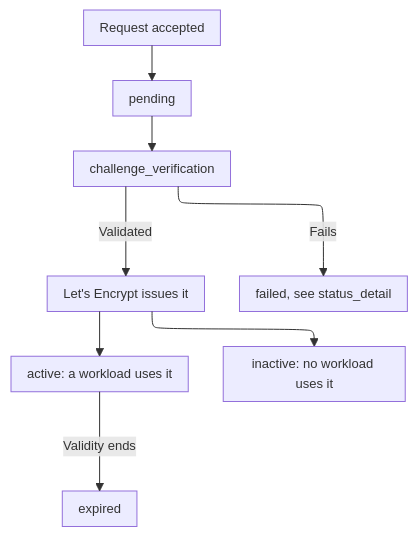
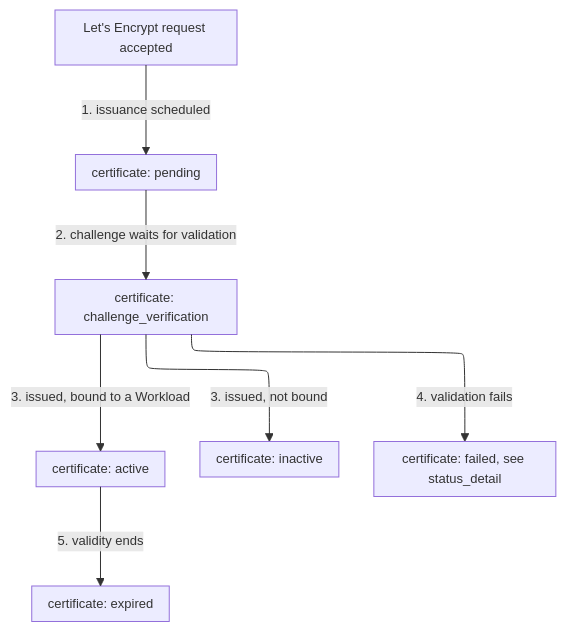
One commit to aziontech/docs changed the second of 2 diagrams in apps/docs/src/content/docs/en/pages/secure/certificate-manager/issuance-and-renewal.mdx. Above: the diagram before and after it, drawn with Mermaid. The commit also changed other lines of this file and 76 other files, not shown here.

````diff
--- a/apps/docs/src/content/docs/en/pages/secure/certificate-manager/issuance-and-renewal.mdx
+++ b/apps/docs/src/content/docs/en/pages/secure/certificate-manager/issuance-and-renewal.mdx
@@ -80,11 +106,17 @@
 ```mermaid
-%%{init: {"layout": "elk", "themeVariables": {"fontSize": "13px"}, "flowchart": {"nodeSpacing": 24, "rankSpacing": 36, "padding": 8, "wrappingWidth": 150, "useMaxWidth": true}, "sequence": {"width": 120, "actorMargin": 30, "useMaxWidth": true}}}%%
+%%{init: {"layout": "elk", "elk": {"preset": "modelOrder", "keepEntryNodeOnTop": true}, "themeVariables": {"fontSize": "13px"}, "flowchart": {"nodeSpacing": 24, "rankSpacing": 36, "padding": 8, "wrappingWidth": 150, "useMaxWidth": true}, "sequence": {"width": 120, "actorMargin": 30, "useMaxWidth": true}}}%%
 flowchart TD
-  Req["Request accepted"] --> Pending["pending"]
-  Pending --> Challenge["challenge_verification"]
-  Challenge -->|"Validated"| Issued["Let's Encrypt issues it"]
-  Challenge -->|"Fails"| Failed["failed, see status_detail"]
-  Issued --> Active["active: a workload uses it"]
-  Issued --> Inactive["inactive: no workload uses it"]
-  Active -->|"Validity ends"| Expired["expired"]
+  Req["Let's Encrypt request accepted"]
+  Pending["certificate: pending"]
+  Challenge["certificate: challenge_verification"]
+  Active["certificate: active"]
+  Inactive["certificate: inactive"]
+  Failed["certificate: failed, see status_detail"]
+  Expired["certificate: expired"]
+  Req -->|"1. issuance scheduled"| Pending
+  Pending -->|"2. challenge waits for validation"| Challenge
+  Challenge -->|"3. issued, bound to a Workload"| Active
+  Challenge -->|"3. issued, not bound"| Inactive
+  Challenge -->|"4. validation fails"| Failed
+  Active -->|"5. validity ends"| Expired
 ```
````
